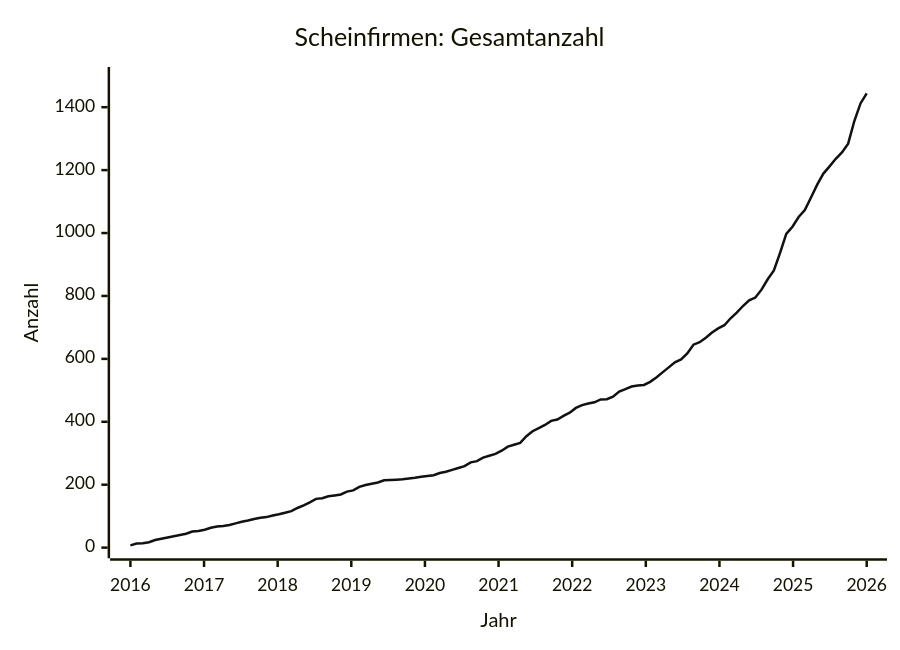
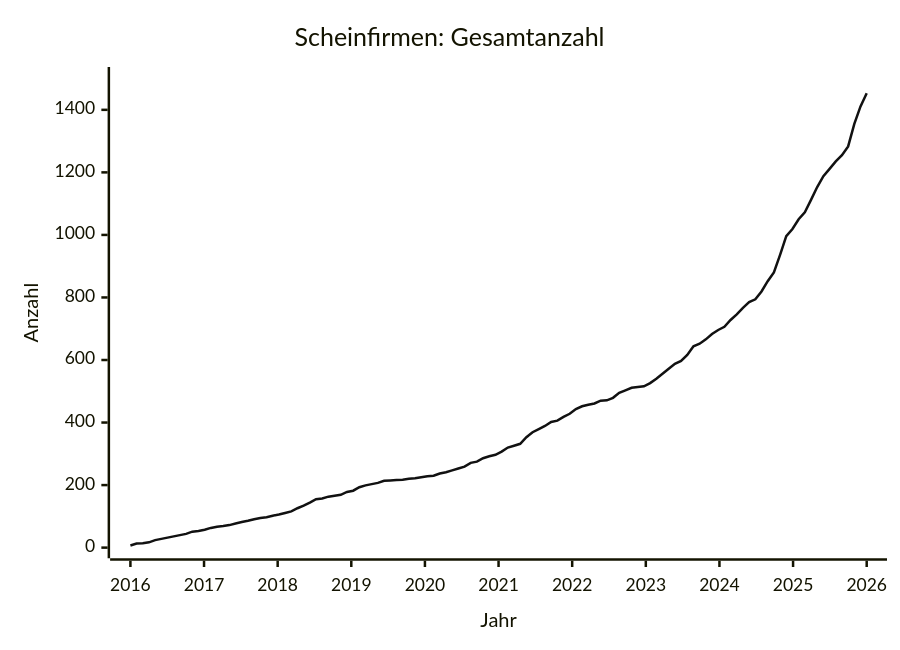
One commit to arjoma/scheinfirmen-at changed the diagram in data/STATS.md. Above: the diagram before and after it, drawn with Mermaid. The commit also changed other lines of this file and 3 other files, not shown here.

````diff
--- a/data/STATS.md
+++ b/data/STATS.md
@@ -9,13 +9,13 @@
 ```mermaid
 ---
 config:
   themeVariables:
     xyChart:
       plotColorPalette: "#111111"
 ---
 xychart-beta
     title "Scheinfirmen: Gesamtanzahl"
     x-axis "Jahr" 2016 --> 2026
-    y-axis "Anzahl" 0 --> 1494
-    line [7, 13, 14, 17, 24, 28, 32, 36, 40, 44, 51, 53, 57, 63, 67, 69, 72, 77, 82, 86, 91, 95, 97, 102, 106, 111, 116, 126, 134, 144, 155, 157, 163, 166, 169, 178, 182, 193, 199, 203, 207, 214, 215, 216, 217, 220, 222, 225, 228, 230, 237, 241, 247, 253, 259, 271, 275, 286, 292, 298, 308, 321, 327, 333, 354, 370, 380, 390, 403, 407, 419, 429, 444, 453, 458, 462, 471, 472, 480, 496, 504, 512, 515, 517, 527, 541, 557, 573, 589, 598, 617, 645, 653, 667, 684, 697, 707, 729, 747, 768, 786, 795, 820, 853, 881, 937, 997, 1020, 1051, 1073, 1113, 1154, 1189, 1212, 1236, 1256, 1284, 1356, 1412, 1444]
+    y-axis "Anzahl" 0 --> 1503
+    line [7, 13, 14, 17, 24, 28, 32, 36, 40, 44, 51, 53, 57, 63, 67, 69, 72, 77, 82, 86, 91, 95, 97, 102, 106, 111, 116, 126, 134, 144, 155, 157, 163, 166, 169, 178, 182, 193, 199, 203, 207, 214, 215, 216, 217, 220, 222, 225, 228, 230, 237, 241, 247, 253, 259, 271, 275, 286, 292, 297, 307, 320, 326, 332, 353, 369, 379, 389, 402, 406, 418, 428, 443, 452, 457, 461, 470, 471, 479, 495, 503, 511, 514, 516, 526, 540, 556, 572, 588, 597, 616, 644, 652, 666, 683, 696, 706, 728, 746, 767, 785, 794, 819, 852, 880, 936, 996, 1019, 1050, 1072, 1112, 1153, 1188, 1211, 1235, 1255, 1283, 1355, 1411, 1453]
 ```
````
